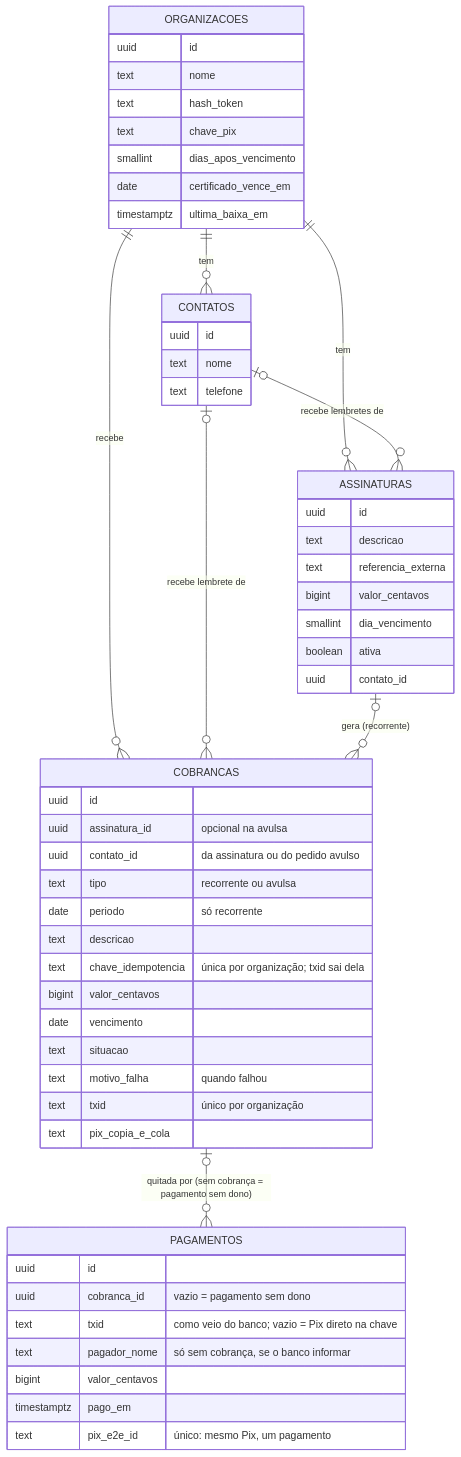
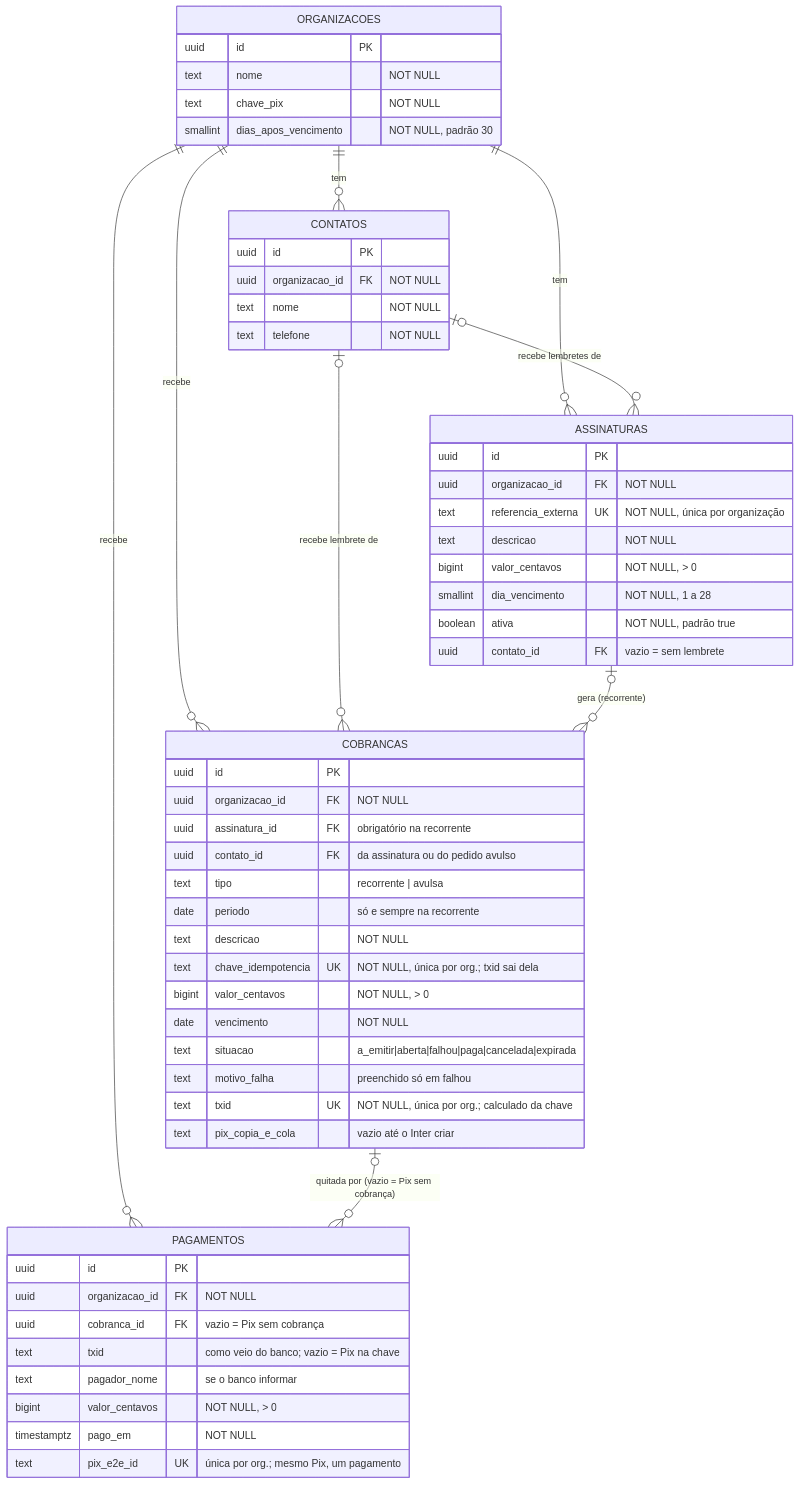
The eighth of 9 diagrams in docs/processos.md (leonardorudolfocardoso/pix-em-dia), drawn with Mermaid before and after one commit. The commit also changed other lines of this file and 1 other file, not shown here.

Commit message:
Modelo de dados com tipos, restrições e RLS da primeira migração
Esquema proposto para o E1.1, ainda sem a migração em SQL. Colunas que
só um item posterior usa entram com ele.

Claude-Session: https://claude.ai/code/session_014tLRxcr4whGzjPqpJzq2PS

````diff
--- a/docs/processos.md
+++ b/docs/processos.md
@@ -205,57 +205,59 @@
 ```mermaid
 erDiagram
   ORGANIZACOES ||--o{ ASSINATURAS : tem
   ORGANIZACOES ||--o{ COBRANCAS : recebe
+  ORGANIZACOES ||--o{ PAGAMENTOS : recebe
   ORGANIZACOES ||--o{ CONTATOS : tem
   CONTATOS |o--o{ ASSINATURAS : "recebe lembretes de"
   CONTATOS |o--o{ COBRANCAS : "recebe lembrete de"
   ASSINATURAS |o--o{ COBRANCAS : "gera (recorrente)"
-  COBRANCAS |o--o{ PAGAMENTOS : "quitada por (sem cobrança = pagamento sem dono)"
+  COBRANCAS |o--o{ PAGAMENTOS : "quitada por (vazio = Pix sem cobrança)"
   ORGANIZACOES {
-    uuid id
-    text nome
-    text hash_token
-    text chave_pix
-    smallint dias_apos_vencimento
-    date certificado_vence_em
-    timestamptz ultima_baixa_em
+    uuid id PK
+    text nome "NOT NULL"
+    text chave_pix "NOT NULL"
+    smallint dias_apos_vencimento "NOT NULL, padrão 30"
   }
   ASSINATURAS {
-    uuid id
-    text descricao
-    text referencia_externa
-    bigint valor_centavos
-    smallint dia_vencimento
-    boolean ativa
-    uuid contato_id
+    uuid id PK
+    uuid organizacao_id FK "NOT NULL"
+    text referencia_externa UK "NOT NULL, única por organização"
+    text descricao "NOT NULL"
+    bigint valor_centavos "NOT NULL, > 0"
+    smallint dia_vencimento "NOT NULL, 1 a 28"
+    boolean ativa "NOT NULL, padrão true"
+    uuid contato_id FK "vazio = sem lembrete"
   }
   CONTATOS {
-    uuid id
-    text nome
-    text telefone
+    uuid id PK
+    uuid organizacao_id FK "NOT NULL"
+    text nome "NOT NULL"
+    text telefone "NOT NULL"
   }
   COBRANCAS {
-    uuid id
-    uuid assinatura_id "opcional na avulsa"
-    uuid contato_id "da assinatura ou do pedido avulso"
-    text tipo "recorrente ou avulsa"
-    date periodo "só recorrente"
-    text descricao
-    text chave_idempotencia "única por organização; txid sai dela"
-    bigint valor_centavos
-    date vencimento
-    text situacao
-    text motivo_falha "quando falhou"
-    text txid "único por organização"
-    text pix_copia_e_cola
+    uuid id PK
+    uuid organizacao_id FK "NOT NULL"
+    uuid assinatura_id FK "obrigatório na recorrente"
+    uuid contato_id FK "da assinatura ou do pedido avulso"
+    text tipo "recorrente | avulsa"
+    date periodo "só e sempre na recorrente"
+    text descricao "NOT NULL"
+    text chave_idempotencia UK "NOT NULL, única por org.; txid sai dela"
+    bigint valor_centavos "NOT NULL, > 0"
+    date vencimento "NOT NULL"
+    text situacao "a_emitir|aberta|falhou|paga|cancelada|expirada"
+    text motivo_falha "preenchido só em falhou"
+    text txid UK "NOT NULL, única por org.; calculado da chave"
+    text pix_copia_e_cola "vazio até o Inter criar"
   }
   PAGAMENTOS {
-    uuid id
-    uuid cobranca_id "vazio = pagamento sem dono"
-    text txid "como veio do banco; vazio = Pix direto na chave"
-    text pagador_nome "só sem cobrança, se o banco informar"
-    bigint valor_centavos
-    timestamptz pago_em
-    text pix_e2e_id "único: mesmo Pix, um pagamento"
+    uuid id PK
+    uuid organizacao_id FK "NOT NULL"
+    uuid cobranca_id FK "vazio = Pix sem cobrança"
+    text txid "como veio do banco; vazio = Pix na chave"
+    text pagador_nome "se o banco informar"
+    bigint valor_centavos "NOT NULL, > 0"
+    timestamptz pago_em "NOT NULL"
+    text pix_e2e_id UK "única por org.; mesmo Pix, um pagamento"
   }
 ```
````
